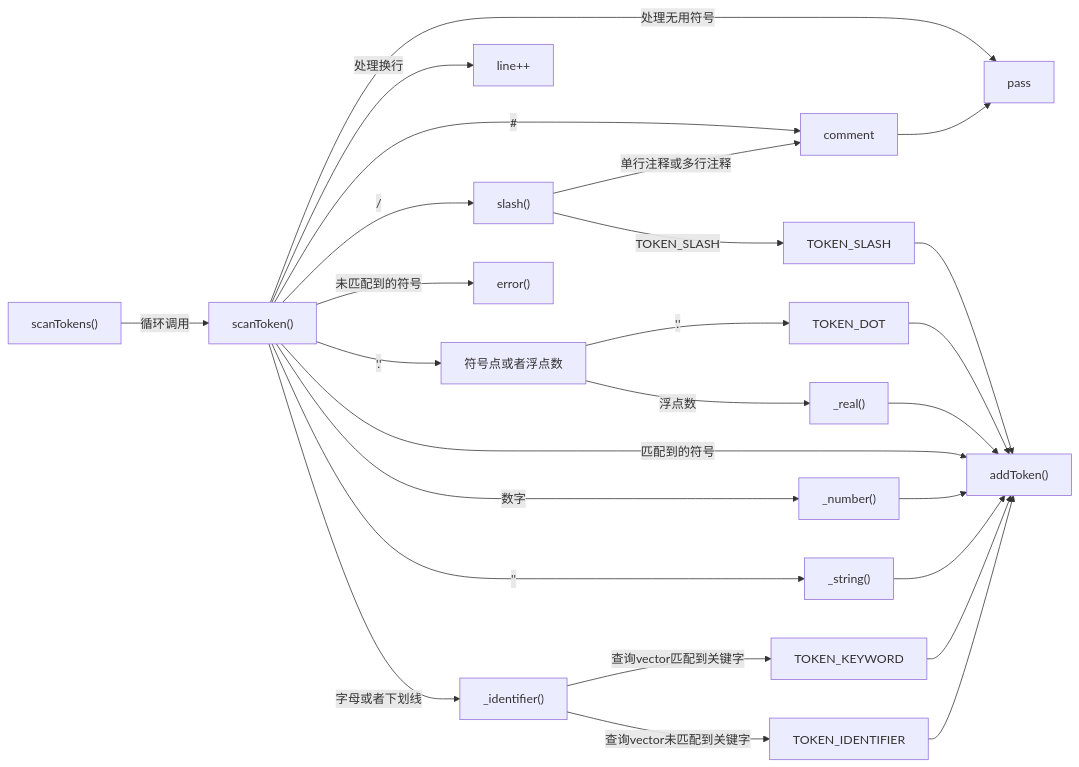
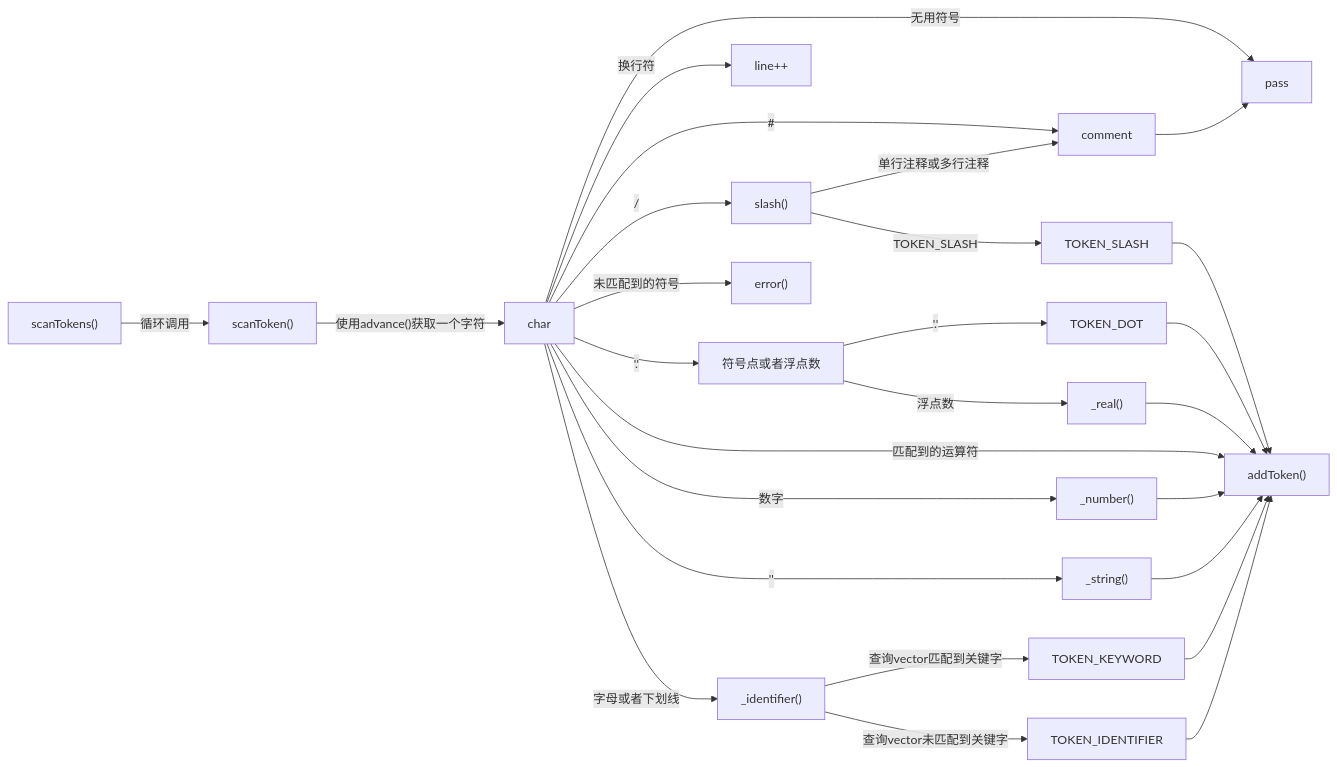
Before and after one commit to ice-bubble/LiteCompiler: the second of 2 diagrams in robin/README.md, drawn with Mermaid. The commit also changed other lines of this file, not shown here.

````diff
--- a/robin/README.md
+++ b/robin/README.md
@@ -134,28 +135,29 @@
 ```mermaid
 graph LR
     scanTokens["scanTokens()"] -->|循环调用| scanToken["scanToken()"]
-    scanToken -->|处理无用符号| pass[pass]
-    scanToken -->|/| slash["slash()"]
-    scanToken -->|#| comment
+    scanToken -->|"使用advance()获取一个字符"|char
+    char -->|无用符号| pass[pass]
+    char -->|/| slash["slash()"]
+    char -->|#| comment
     slash -->|单行注释或多行注释|comment
     comment --> pass
     slash -->|TOKEN_SLASH| TOKEN_SLASH
     TOKEN_SLASH --> matched_type
-    scanToken -->|处理换行| line++
-    scanToken -->|字母或者下划线| maybeid["_identifier()"]
-    scanToken -->|数字| num["_number()"]
-    scanToken -->|'""'| str["_string()"]
-    scanToken -->|'.'| dotOrReal[符号点或者浮点数]
+    char -->|换行符| line++
+    char -->|字母或者下划线| maybeid["_identifier()"]
+    char -->|数字| num["_number()"]
+    char -->|'""'| str["_string()"]
+    char -->|'.'| dotOrReal[符号点或者浮点数]
     dotOrReal -->|'.'|TOKEN_DOT
     TOKEN_DOT --> matched_type
     dotOrReal -->|浮点数|real["_real()"]
     real --> matched_type
-    scanToken -->|匹配到的符号| matched_type["addToken()"]
-    scanToken -->|未匹配到的符号| unmatched_type["error()"]
+    char -->|匹配到的运算符| matched_type["addToken()"]
     maybeid -->|查询vector匹配到关键字|keyword[TOKEN_KEYWORD]
     maybeid -->|查询vector未匹配到关键字| id[TOKEN_IDENTIFIER]
     num --> matched_type
     str --> matched_type
     keyword --> matched_type
     id --> matched_type
+    char -->|未匹配到的符号| unmatched_type["error()"]
 ```
````
